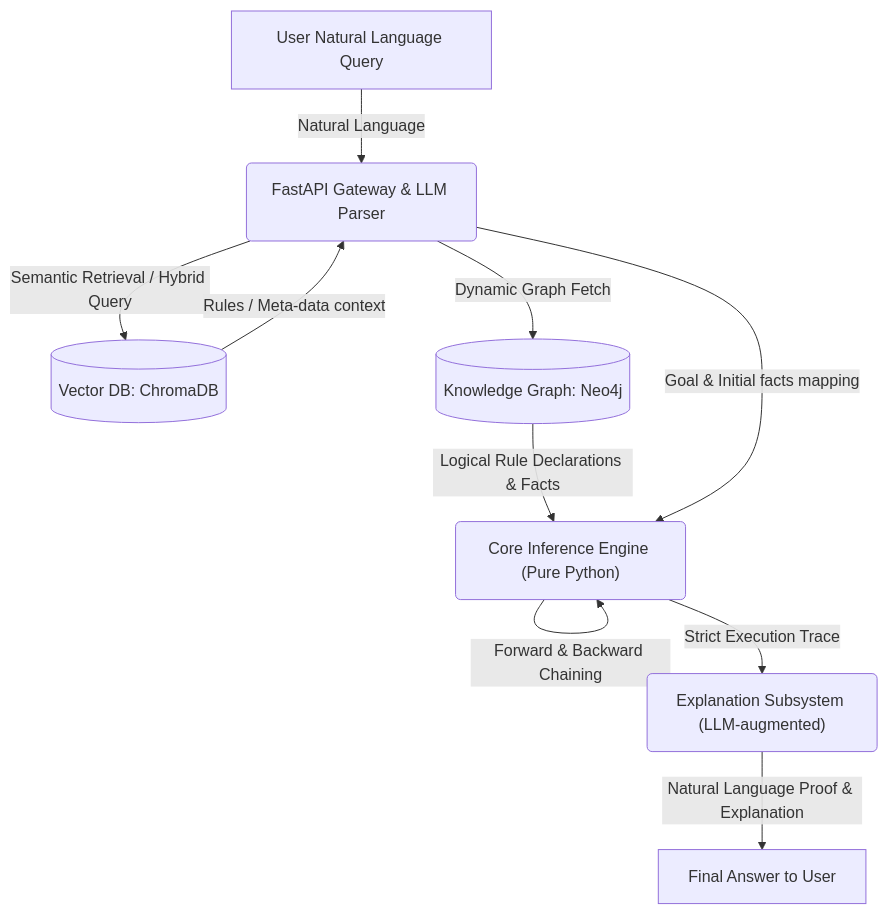
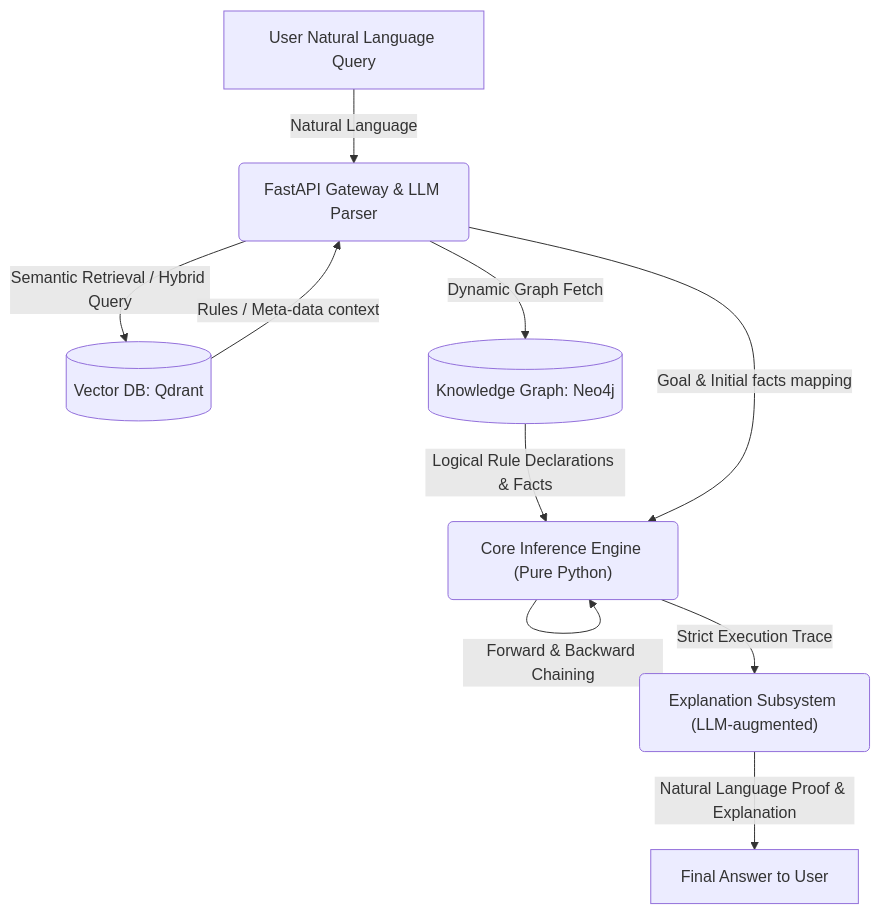
One commit to khang3004/Knowledge_Representation_Playground_code changed the diagram in README.md. Above: the diagram before and after it, drawn with Mermaid. The commit also changed other lines of this file and 19 other files, not shown here.

Commit message:
feat: replace ChromaDB with Qdrant, integrate SentenceTransformers for embeddings, and add a frontend UI service.

````diff
--- a/README.md
+++ b/README.md
@@ -13,12 +13,12 @@
 ```mermaid
 graph TD
     A["User Natural Language Query"] -->|Natural Language| B("FastAPI Gateway & LLM Parser")
-    B -->|Semantic Retrieval / Hybrid Query| C[("Vector DB: ChromaDB")]
+    B -->|Semantic Retrieval / Hybrid Query| C[("Vector DB: Qdrant")]
     B -->|Dynamic Graph Fetch| D[("Knowledge Graph: Neo4j")]
     C -->|Rules / Meta-data context| B
     D -->|Logical Rule Declarations & Facts| E("Core Inference Engine (Pure Python)")
     B -->|Goal & Initial facts mapping| E
     E -->|Forward & Backward Chaining| E
     E -->|Strict Execution Trace| F("Explanation Subsystem (LLM-augmented)")
     F -->|Natural Language Proof & Explanation| G["Final Answer to User"]
 ```
````
